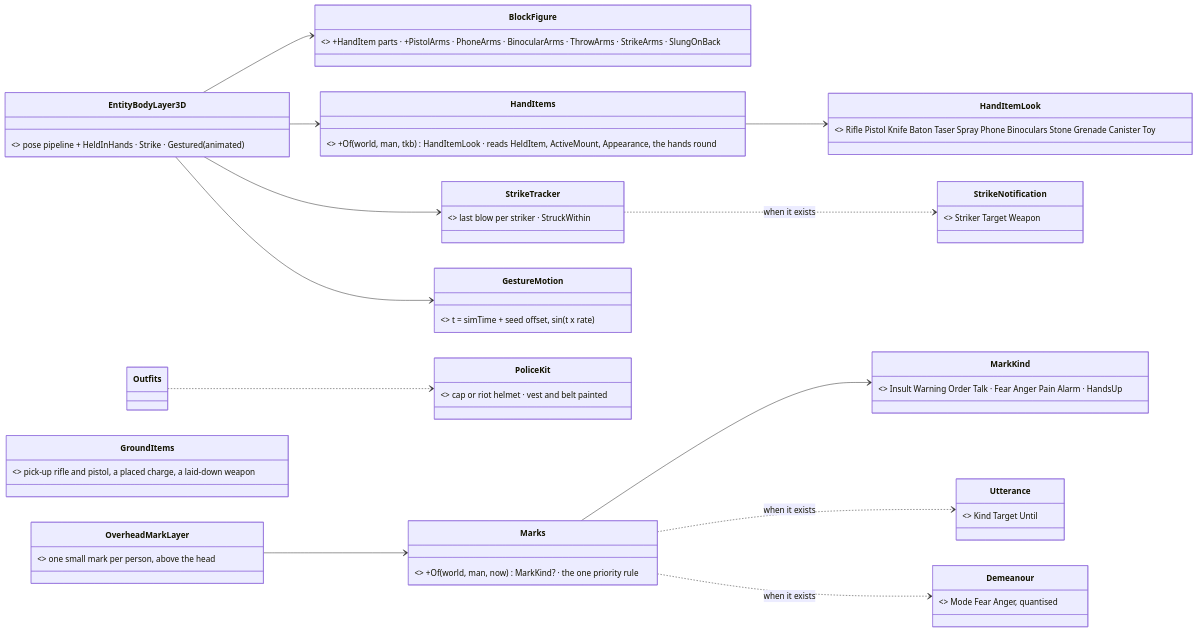
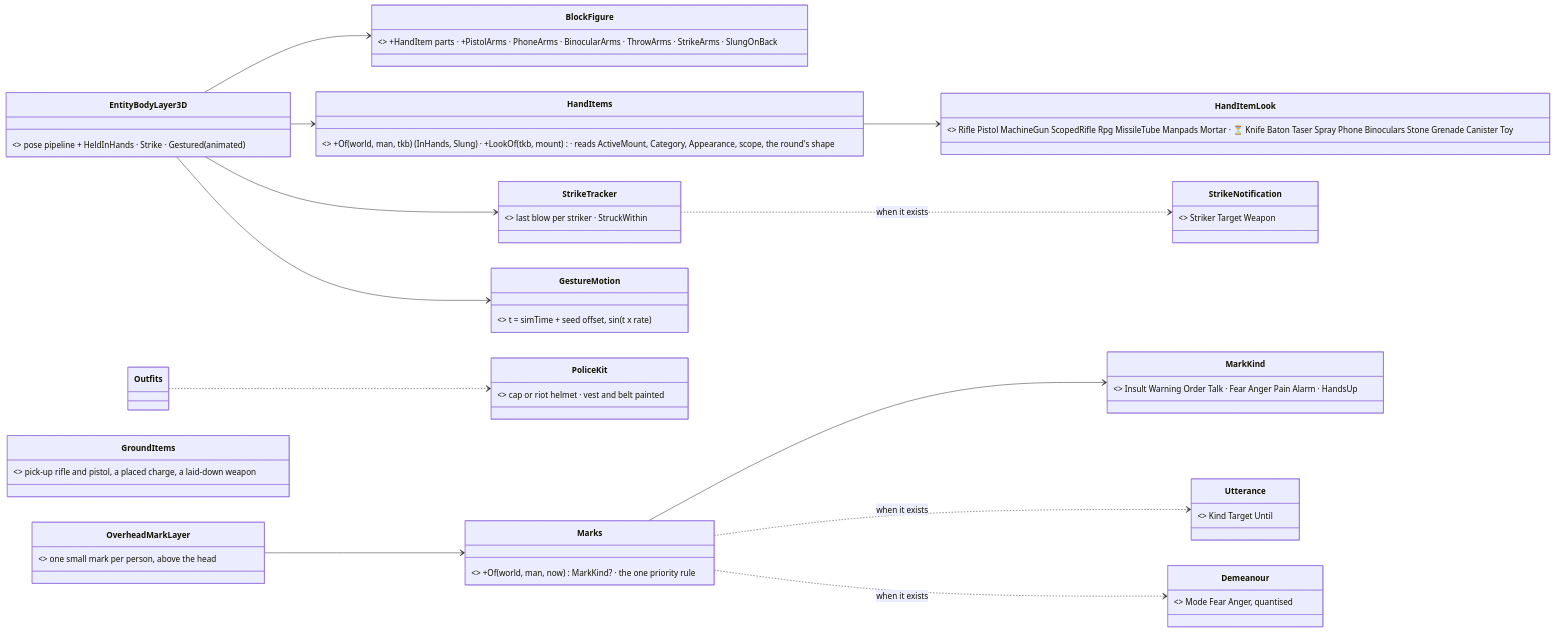
The first of 6 diagrams in docs/DESIGN_People_Display.md (pjanec/HROT), drawn with Mermaid before and after one commit. The commit also changed other lines of this file and 9 other files, not shown here.

````diff
--- a/docs/DESIGN_People_Display.md
+++ b/docs/DESIGN_People_Display.md
@@ -75,29 +75,29 @@
 ```mermaid
 classDiagram
   direction LR
   class EntityBodyLayer3D { <<existing, grows>> pose pipeline + HeldInHands · Strike · Gestured(animated) }
   class BlockFigure { <<existing, grows>> +HandItem parts · +PistolArms · PhoneArms · BinocularArms · ThrowArms · StrikeArms · SlungOnBack }
-  class HandItemLook { <<NEW>> Rifle Pistol Knife Baton Taser Spray Phone Binoculars Stone Grenade Canister Toy }
-  class HandItems { <<NEW, pure>> +Of(world, man, tkb) HandItemLook · reads HeldItem, ActiveMount, Appearance, the hands round }
+  class HandItemLook { <<BUILT as HeldLook, CE-1236 — weapons>> Rifle Pistol MachineGun ScopedRifle Rpg MissileTube Manpads Mortar · ⏳ Knife Baton Taser Spray Phone Binoculars Stone Grenade Canister Toy }
+  class HandItems { <<BUILT as HeldWeapons, pure, CE-1236>> +Of(world, man, tkb) (InHands, Slung) · +LookOf(tkb, mount) · reads ActiveMount, Category, Appearance, scope, the round's shape }
   class StrikeTracker { <<BUILT CE-1171, RecentShots shape>> last blow per striker · StruckWithin }
   class GestureMotion { <<BUILT as GestureClock + GestureArms t, no class>> t = simTime + seed offset, sin(t x rate) }
   class PoliceKit { <<NEW in Outfits + BodySurface>> cap or riot helmet · vest and belt painted }
   class OverheadMarkLayer { <<NEW IMapLayer, 2-D + 3-D>> one small mark per person, above the head }
   class MarkKind { <<NEW>> Insult Warning Order Talk · Fear Anger Pain Alarm · HandsUp }
   class Marks { <<NEW, pure>> +Of(world, man, now) MarkKind? · the one priority rule }
   class GroundItems { <<in ProjectileLayer / body kits>> pick-up rifle and pistol, a placed charge, a laid-down weapon }
   class Utterance { <<GAP G1 — backend + behaviors>> Kind Target Until }
   class Demeanour { <<GAP G2 — backend + behaviors>> Mode Fear Anger, quantised }
   class StrikeNotification { <<GAP G3 — backend>> Striker Target Weapon }
   EntityBodyLayer3D --> BlockFigure
   EntityBodyLayer3D --> HandItems
   EntityBodyLayer3D --> StrikeTracker
   EntityBodyLayer3D --> GestureMotion
   HandItems --> HandItemLook
   OverheadMarkLayer --> Marks
   Marks --> MarkKind
   Marks ..> Utterance : when it exists
   Marks ..> Demeanour : when it exists
   StrikeTracker ..> StrikeNotification : when it exists
   Outfits ..> PoliceKit
 ```
````
